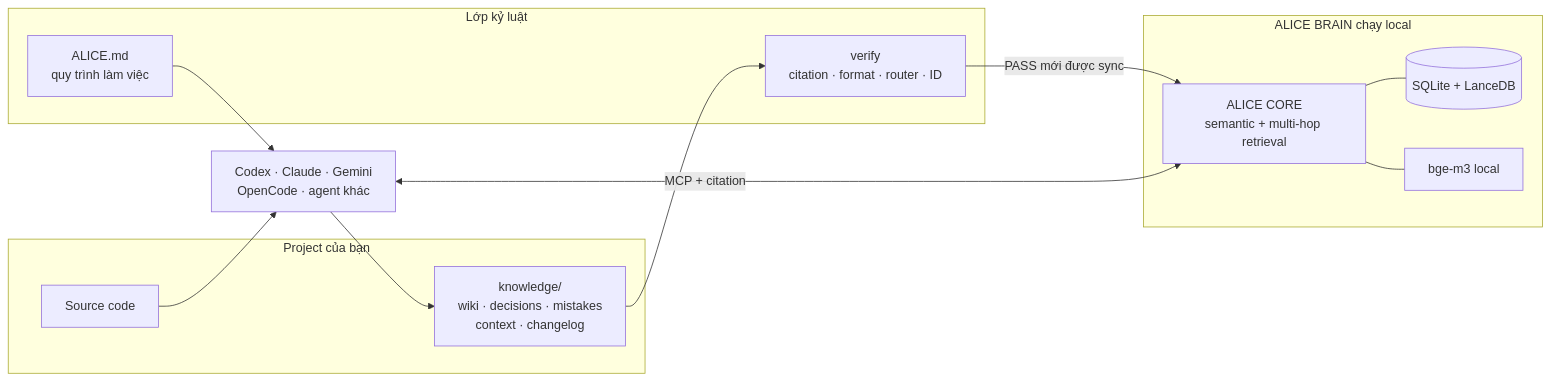
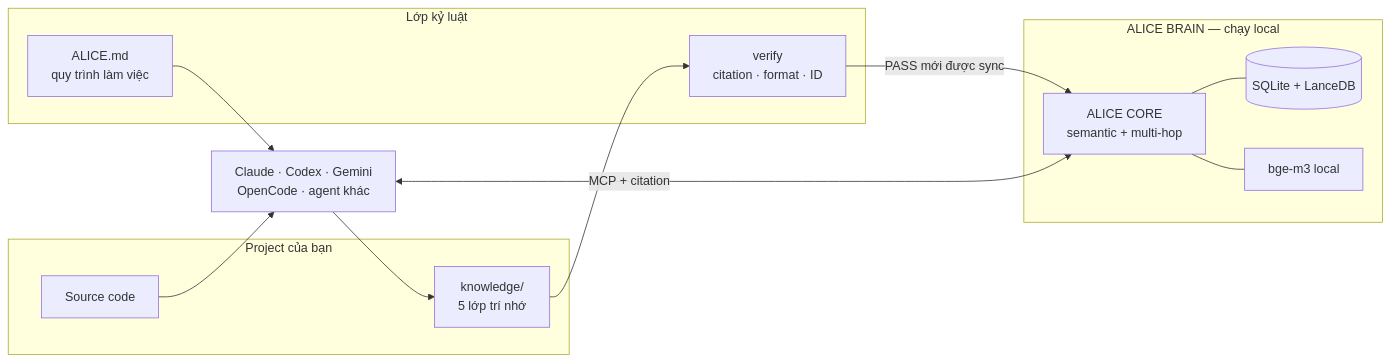
The second of 2 diagrams in README.md (blueberry-sensei/alice-coding), drawn with Mermaid before and after one commit. The commit also changed other lines of this file and 11 other files, not shown here.

````diff
--- a/README.md
+++ b/README.md
@@ -113,29 +105,29 @@
 ```mermaid
 flowchart LR
     subgraph Project["Project của bạn"]
       Code["Source code"]
-      Knowledge["knowledge/<br/>wiki · decisions · mistakes<br/>context · changelog"]
+      Knowledge["knowledge/<br/>5 lớp trí nhớ"]
     end
 
     subgraph Guard["Lớp kỷ luật"]
       Rules["ALICE.md<br/>quy trình làm việc"]
-      Verify["verify<br/>citation · format · router · ID"]
+      Verify["verify<br/>citation · format · ID"]
     end
 
-    subgraph Brain["ALICE BRAIN chạy local"]
-      Core["ALICE CORE<br/>semantic + multi-hop retrieval"]
+    subgraph Brain["ALICE BRAIN — chạy local"]
+      Core["ALICE CORE<br/>semantic + multi-hop"]
       Data[("SQLite + LanceDB")]
       Embed["bge-m3 local"]
     end
 
-    Agents["Codex · Claude · Gemini<br/>OpenCode · agent khác"]
+    Agents["Claude · Codex · Gemini<br/>OpenCode · agent khác"]
 
     Code --> Agents
     Knowledge --> Verify
     Rules --> Agents
     Verify -- "PASS mới được sync" --> Core
     Core --- Data
     Core --- Embed
     Agents <-- "MCP + citation" --> Core
     Agents --> Knowledge
 ```
````
